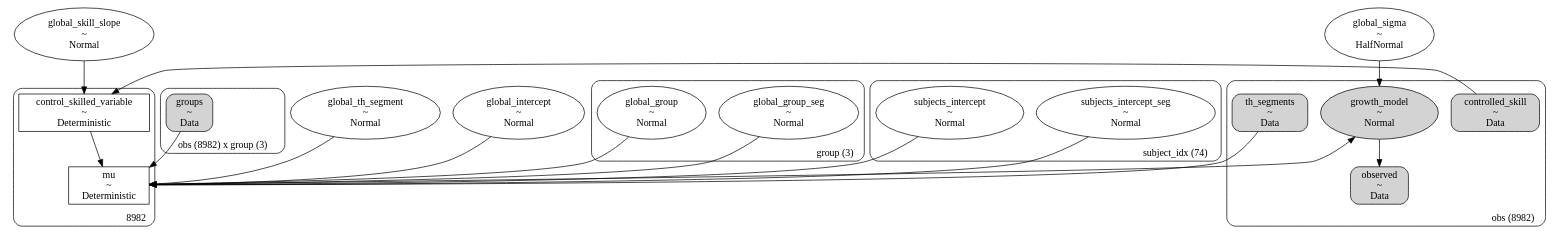
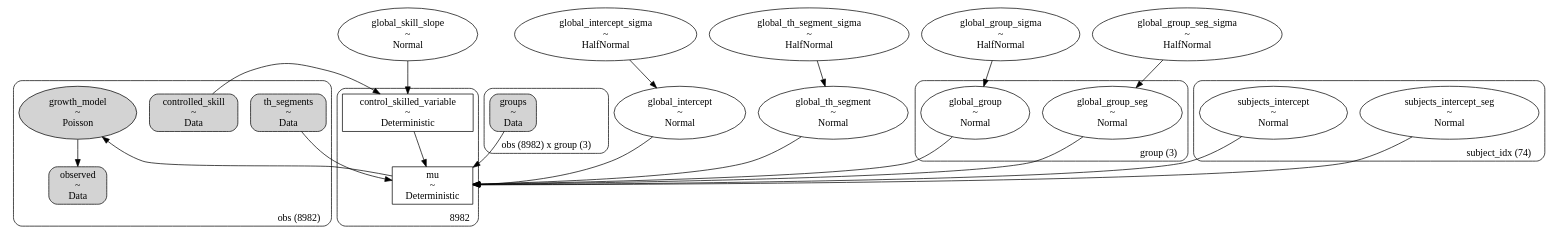
One commit to gitarja/TableTennisBayesianAnalysis changed the diagram in .gv. Above: the diagram before and after it, drawn with Graphviz. The commit also changed 66 other files, not shown here.

```diff
--- a/.gv
+++ b/.gv
@@ -1,76 +1,88 @@
 digraph {
 	subgraph "clusterobs (8982)" {
-		controlled_skill [label="controlled_skill
+		observed [label="observed
 ~
 Data" shape=box style="rounded, filled"]
 		growth_model [label="growth_model
 ~
-Normal" shape=ellipse style=filled]
-		observed [label="observed
+Poisson" shape=ellipse style=filled]
+		controlled_skill [label="controlled_skill
 ~
 Data" shape=box style="rounded, filled"]
 		th_segments [label="th_segments
 ~
 Data" shape=box style="rounded, filled"]
 		label="obs (8982)" labeljust=r labelloc=b style=rounded
 	}
 	subgraph "clusterobs (8982) x group (3)" {
 		groups [label="groups
 ~
 Data" shape=box style="rounded, filled"]
 		label="obs (8982) x group (3)" labeljust=r labelloc=b style=rounded
 	}
-	global_th_segment [label="global_th_segment
+	global_intercept [label="global_intercept
 ~
 Normal" shape=ellipse]
-	global_sigma [label="global_sigma
+	global_group_sigma [label="global_group_sigma
 ~
 HalfNormal" shape=ellipse]
 	global_skill_slope [label="global_skill_slope
 ~
 Normal" shape=ellipse]
-	global_intercept [label="global_intercept
+	global_intercept_sigma [label="global_intercept_sigma
+~
+HalfNormal" shape=ellipse]
+	global_group_seg_sigma [label="global_group_seg_sigma
+~
+HalfNormal" shape=ellipse]
+	global_th_segment [label="global_th_segment
 ~
 Normal" shape=ellipse]
+	global_th_segment_sigma [label="global_th_segment_sigma
+~
+HalfNormal" shape=ellipse]
 	subgraph "clustergroup (3)" {
-		global_group_seg [label="global_group_seg
+		global_group [label="global_group
 ~
 Normal" shape=ellipse]
-		global_group [label="global_group
+		global_group_seg [label="global_group_seg
 ~
 Normal" shape=ellipse]
 		label="group (3)" labeljust=r labelloc=b style=rounded
 	}
 	subgraph "clustersubject_idx (74)" {
 		subjects_intercept_seg [label="subjects_intercept_seg
 ~
 Normal" shape=ellipse]
 		subjects_intercept [label="subjects_intercept
 ~
 Normal" shape=ellipse]
 		label="subject_idx (74)" labeljust=r labelloc=b style=rounded
 	}
 	subgraph cluster8982 {
-		mu [label="mu
+		control_skilled_variable [label="control_skilled_variable
 ~
 Deterministic" shape=box]
-		control_skilled_variable [label="control_skilled_variable
+		mu [label="mu
 ~
 Deterministic" shape=box]
 		label=8982 labeljust=r labelloc=b style=rounded
 	}
 	growth_model -> observed
+	global_intercept_sigma -> global_intercept
+	global_th_segment_sigma -> global_th_segment
+	global_group_sigma -> global_group
+	global_group_seg_sigma -> global_group_seg
 	controlled_skill -> control_skilled_variable
 	global_skill_slope -> control_skilled_variable
+	th_segments -> mu
+	subjects_intercept_seg -> mu
+	control_skilled_variable -> mu
+	subjects_intercept -> mu
+	groups -> mu
+	global_group_seg -> mu
 	global_th_segment -> mu
-	subjects_intercept -> mu
-	global_group_seg -> mu
 	global_group -> mu
-	groups -> mu
 	global_intercept -> mu
-	th_segments -> mu
-	control_skilled_variable -> mu
-	subjects_intercept_seg -> mu
 	mu -> growth_model
-	global_sigma -> growth_model
 }
```
